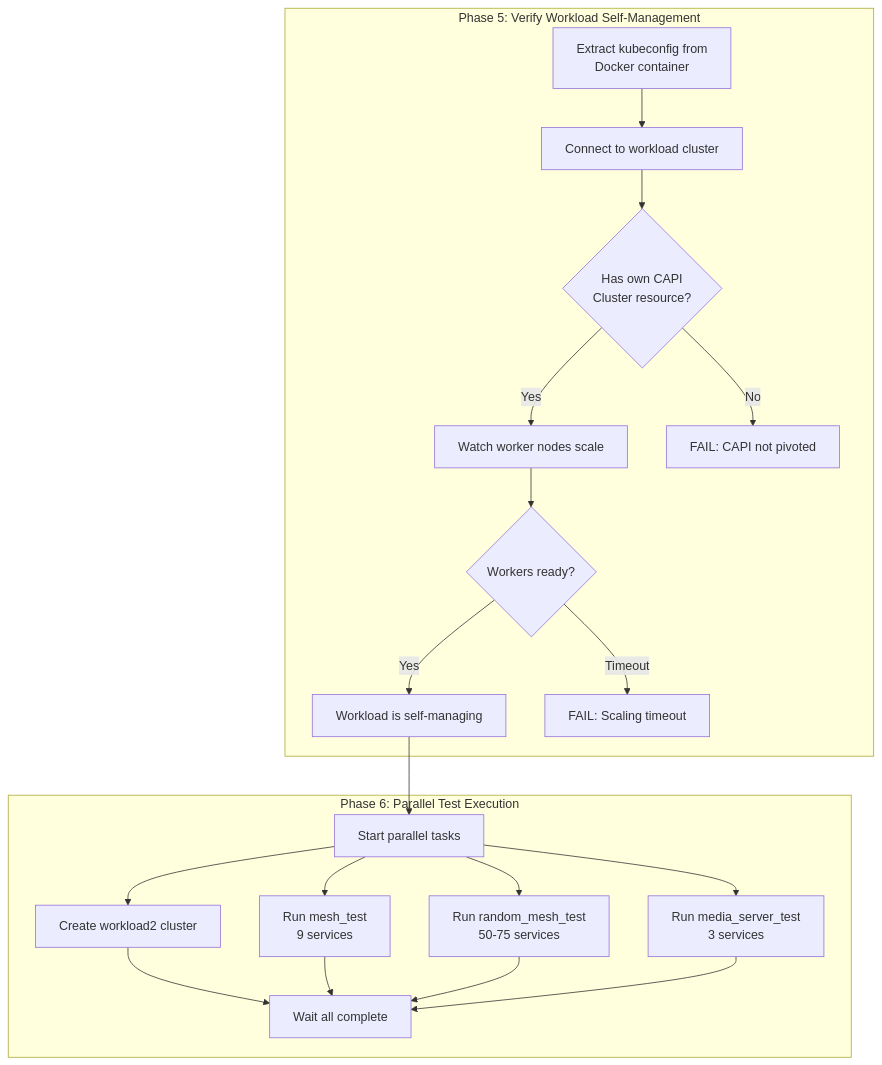
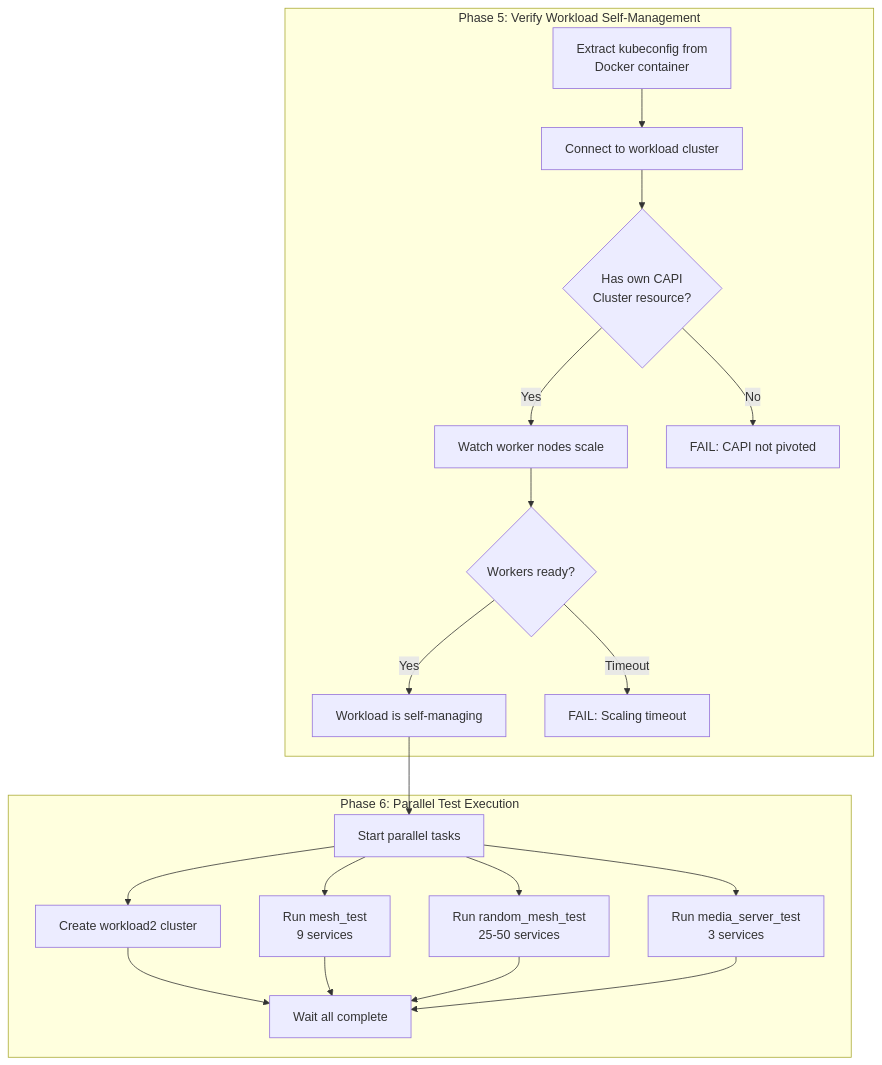
Before and after one commit to evan-hines-js/lattice: the fourth of 18 diagrams in docs/e2e-tests.md, drawn with Mermaid. The commit also changed other lines of this file and 14 other files, not shown here.

````diff
--- a/docs/e2e-tests.md
+++ b/docs/e2e-tests.md
@@ -150,28 +150,28 @@
 ```mermaid
 flowchart TD
     subgraph "Phase 5: Verify Workload Self-Management"
         P5A[Extract kubeconfig from<br/>Docker container] --> P5B[Connect to workload cluster]
         P5B --> P5C{Has own CAPI<br/>Cluster resource?}
         P5C -->|Yes| P5D[Watch worker nodes scale]
         P5C -->|No| P5E[FAIL: CAPI not pivoted]
         P5D --> P5F{Workers ready?}
         P5F -->|Yes| P5G[Workload is self-managing]
         P5F -->|Timeout| P5H[FAIL: Scaling timeout]
     end
 
     subgraph "Phase 6: Parallel Test Execution"
         P6A[Start parallel tasks]
 
         P6A --> P6B[Create workload2 cluster]
         P6A --> P6C[Run mesh_test<br/>9 services]
-        P6A --> P6D[Run random_mesh_test<br/>50-75 services]
+        P6A --> P6D[Run random_mesh_test<br/>25-50 services]
         P6A --> P6E[Run media_server_test<br/>3 services]
 
         P6B --> P6F[Wait all complete]
         P6C --> P6F
         P6D --> P6F
         P6E --> P6F
     end
 
     P5G --> P6A
 ```
````
